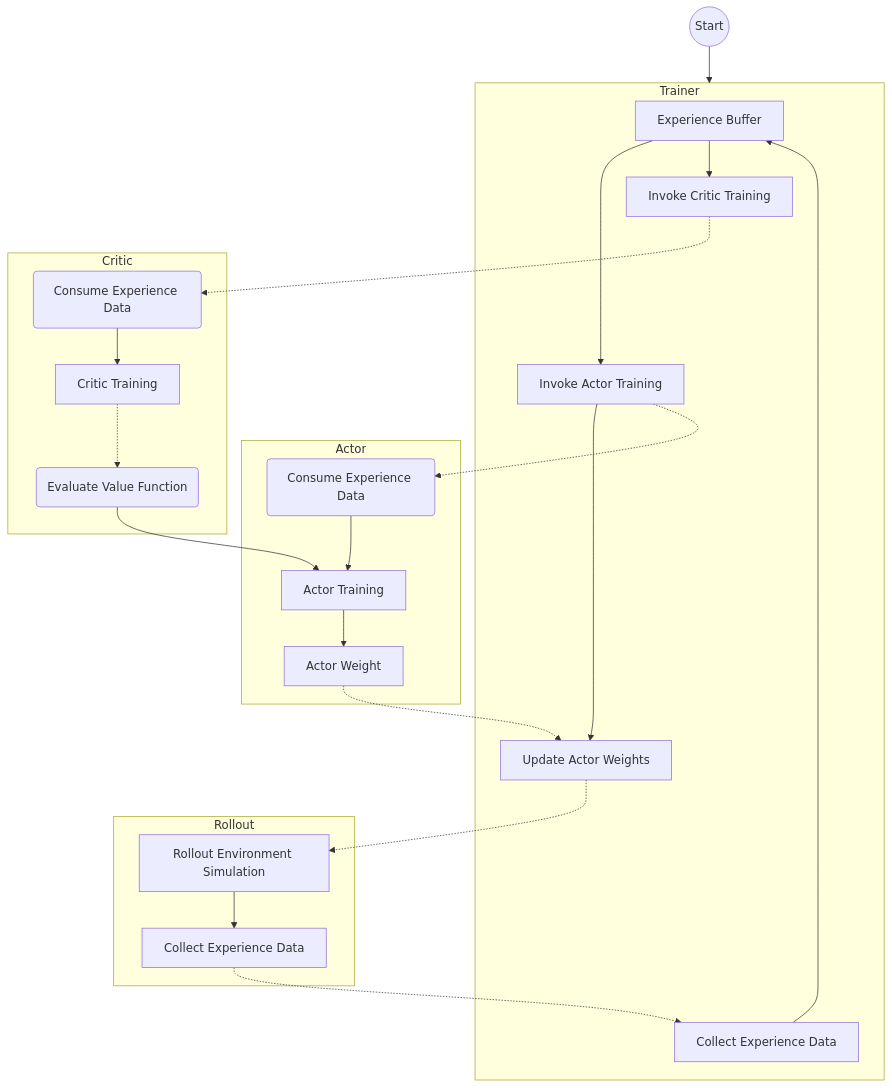
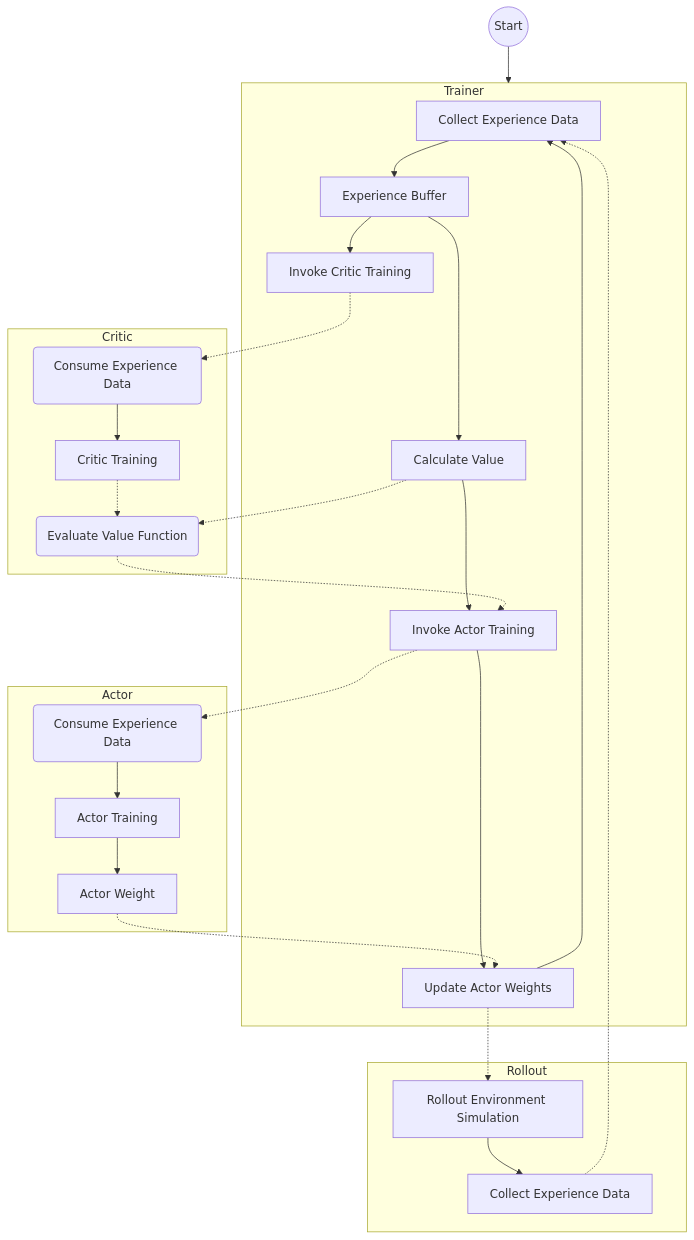
The fourth of 4 diagrams in docs/design/hybrid-overview.md (intelligent-machine-learning/dlrover), drawn with Mermaid before and after one commit. The commit also changed other lines of this file, not shown here.

````diff
--- a/docs/design/hybrid-overview.md
+++ b/docs/design/hybrid-overview.md
@@ -240,49 +246,51 @@
 ```mermaid
 flowchart TD
     Start((Start))
 
+    Start --> Trainer
+
     subgraph Trainer
+        T1[Collect Experience Data]
+        T2[Calculate Value]
+        T3[Invoke Actor Training]
+        T4[Invoke Critic Training]
+        T5[Update Actor Weights]
+
         Buffer[Experience Buffer]
 
-        T1[Collect Experience Data]
-        T2[Invoke Actor Training]
-        T3[Invoke Critic Training]
-        T4[Update Actor Weights]
-
-        T1 --> Buffer --> T2 --> T4
-        Buffer --> T3
+        T1 --> Buffer --> T2 --> T3 --> T5 --> T1
+        Buffer --> T4
     end
 
     subgraph Rollout
         R1[Rollout Environment Simulation]
         R2[Collect Experience Data]
         R1 --> R2
     end
+
+    R2 -.-> T1
 
 
     subgraph Actor
         actor_in(Consume Experience Data)
         actor_fit[Actor Training]
         actor_weight[Actor Weight]
 
         actor_in --> actor_fit --> actor_weight
     end
 
     subgraph Critic
         critic_in(Consume Experience Data)
 
         critic_fit[Critic Training]
         critic(Evaluate Value Function)
 
         critic_in --> critic_fit -.-> critic
     end
-    Start --> Trainer
 
-
-    R2  -.-> T1
-    T2 -.-> actor_in
-    T3 -.-> critic_in
-    actor_weight -.-> T4 -.-> R1
-
-    critic --> actor_fit
+    T3 -.-> actor_in
+    T2 -.-> critic 
+    T4 -.-> critic_in
+    actor_weight -.-> T5 -.-> R1
+    critic -.-> T3
 ```
````
